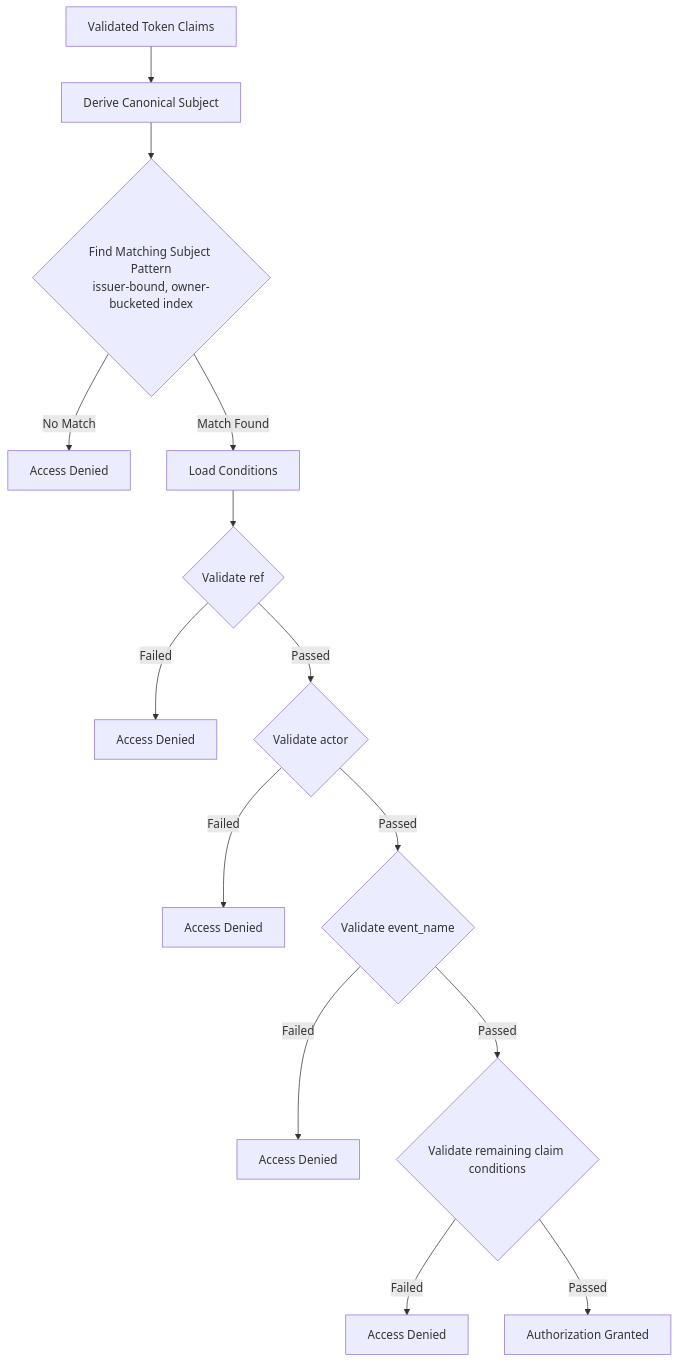
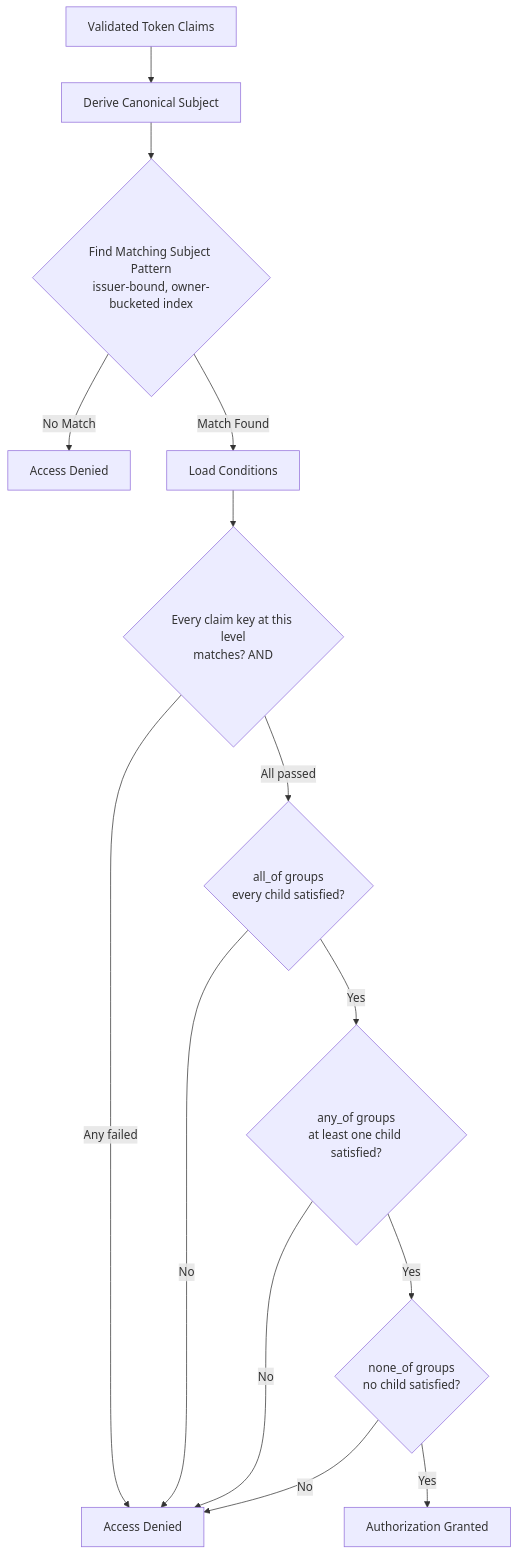
Before and after one commit to boogy/aws-oidc-warden: the sixth of 7 diagrams in docs/ARCHITECTURE.md, drawn with Mermaid. The commit also changed other lines of this file and 19 other files, not shown here.

````diff
--- a/docs/ARCHITECTURE.md
+++ b/docs/ARCHITECTURE.md
@@ -483,16 +499,16 @@
 ```mermaid
 flowchart TD
     A[Validated Token Claims] --> B[Derive Canonical Subject]
     B --> C{Find Matching Subject Pattern<br/>issuer-bound, owner-bucketed index}
     C -->|No Match| D[Access Denied]
     C -->|Match Found| E[Load Conditions]
-    E --> F{Validate ref}
-    F -->|Failed| G[Access Denied]
-    F -->|Passed| H{Validate actor}
-    H -->|Failed| I[Access Denied]
-    H -->|Passed| J{Validate event_name}
-    J -->|Failed| K[Access Denied]
-    J -->|Passed| L{Validate remaining claim conditions}
-    L -->|Failed| M[Access Denied]
-    L -->|Passed| N[Authorization Granted]
+    E --> F{Every claim key at this level<br/>matches? AND}
+    F -->|Any failed| G[Access Denied]
+    F -->|All passed| H{all_of groups<br/>every child satisfied?}
+    H -->|No| G
+    H -->|Yes| I{any_of groups<br/>at least one child satisfied?}
+    I -->|No| G
+    I -->|Yes| J{none_of groups<br/>no child satisfied?}
+    J -->|No| G
+    J -->|Yes| K[Authorization Granted]
 ```
````
